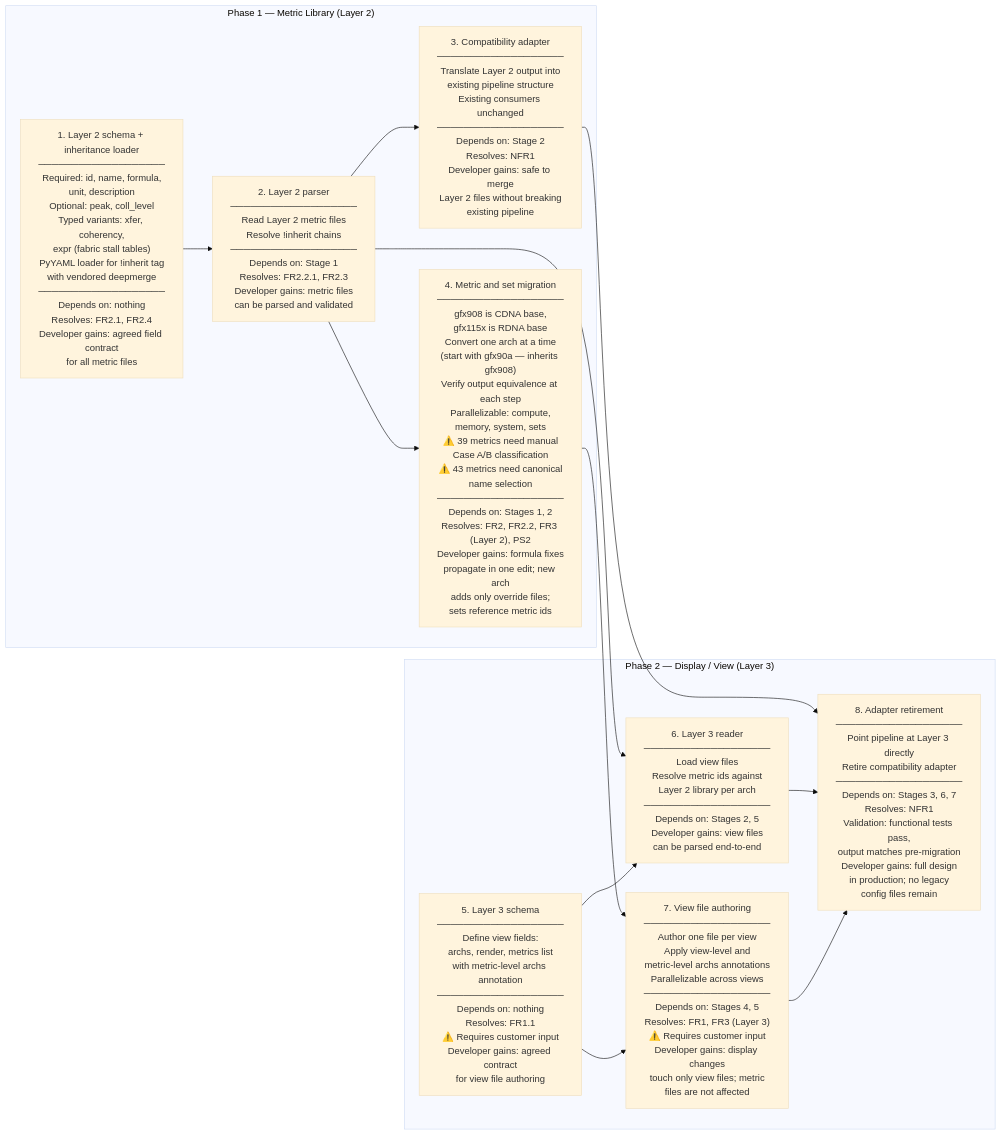
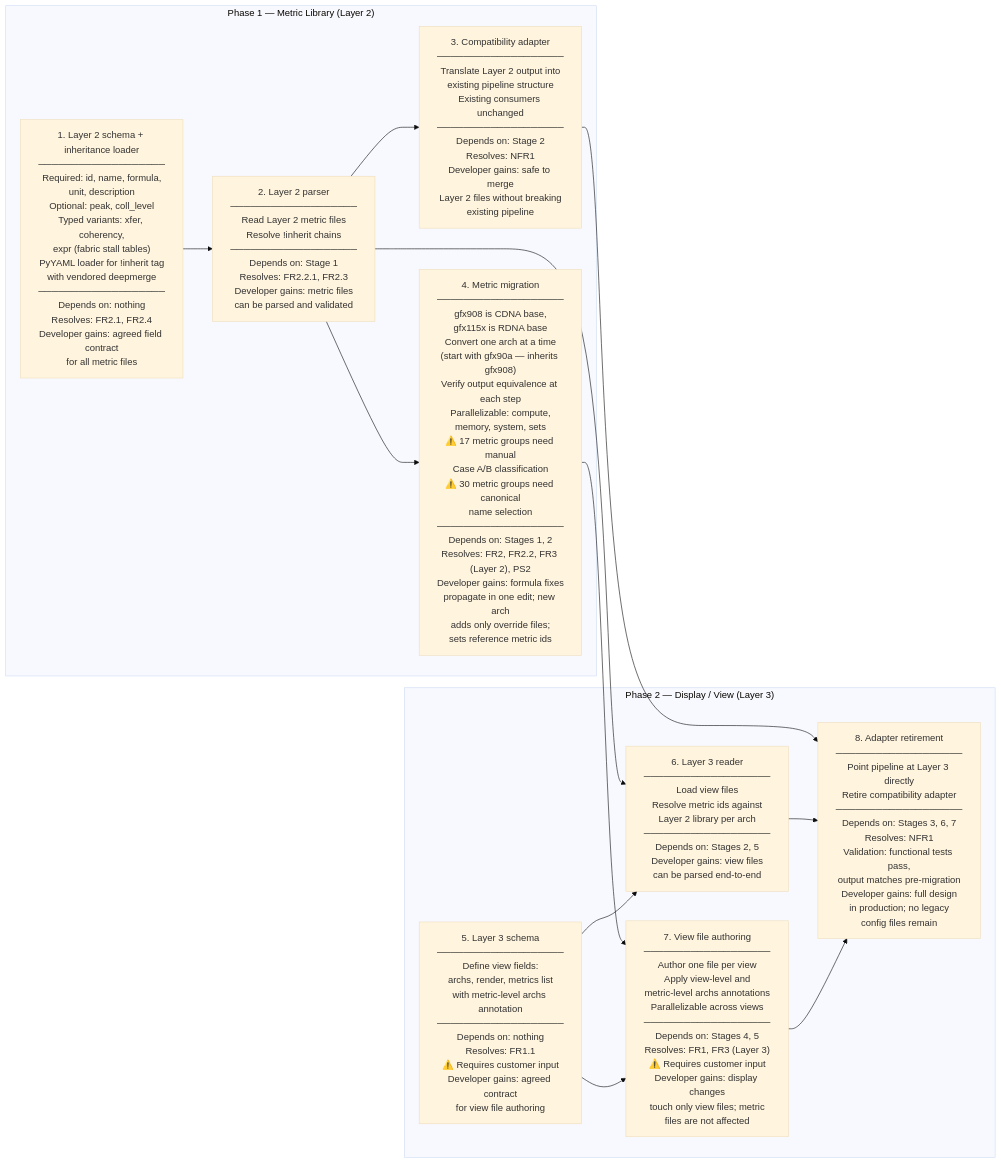
One commit to ROCm/rocm-systems changed the fifth of 5 diagrams in projects/rocprofiler-compute/docs/design/analysis-config-redesign/hld-analysis-config-redesign.md. Above: the diagram before and after it, drawn with Mermaid (base theme). The commit also changed other lines of this file and 3 other files, not shown here.

````diff
--- a/projects/rocprofiler-compute/docs/design/analysis-config-redesign/hld-analysis-config-redesign.md
+++ b/projects/rocprofiler-compute/docs/design/analysis-config-redesign/hld-analysis-config-redesign.md
@@ -492,27 +493,27 @@
 ```mermaid
 flowchart LR
     subgraph P1["Phase 1 — Metric Library (Layer 2)"]
         s1["1. Layer 2 schema + inheritance loader\n───────────────────\nRequired: id, name, formula,\nunit, description\nOptional: peak, coll_level\nTyped variants: xfer, coherency,\nexpr (fabric stall tables)\nPyYAML loader for !inherit tag\nwith vendored deepmerge\n───────────────────\nDepends on: nothing\nResolves: FR2.1, FR2.4\nDeveloper gains: agreed field contract\nfor all metric files"]
         s2["2. Layer 2 parser\n───────────────────\nRead Layer 2 metric files\nResolve !inherit chains\n───────────────────\nDepends on: Stage 1\nResolves: FR2.2.1, FR2.3\nDeveloper gains: metric files\ncan be parsed and validated"]
         s3["3. Compatibility adapter\n───────────────────\nTranslate Layer 2 output into\nexisting pipeline structure\nExisting consumers unchanged\n───────────────────\nDepends on: Stage 2\nResolves: NFR1\nDeveloper gains: safe to merge\nLayer 2 files without breaking\nexisting pipeline"]
-        s4["4. Metric and set migration\n───────────────────\ngfx908 is CDNA base,\ngfx115x is RDNA base\nConvert one arch at a time\n(start with gfx90a — inherits gfx908)\nVerify output equivalence at each step\nParallelizable: compute,\nmemory, system, sets\n⚠️ 39 metrics need manual\nCase A/B classification\n⚠️ 43 metrics need canonical\nname selection\n───────────────────\nDepends on: Stages 1, 2\nResolves: FR2, FR2.2, FR3 (Layer 2), PS2\nDeveloper gains: formula fixes\npropagate in one edit; new arch\nadds only override files;\nsets reference metric ids"]
+        s4["4. Metric migration\n───────────────────\ngfx908 is CDNA base,\ngfx115x is RDNA base\nConvert one arch at a time\n(start with gfx90a — inherits gfx908)\nVerify output equivalence at each step\nParallelizable: compute,\nmemory, system, sets\n⚠️ 17 metric groups need manual\nCase A/B classification\n⚠️ 30 metric groups need canonical\nname selection\n───────────────────\nDepends on: Stages 1, 2\nResolves: FR2, FR2.2, FR3 (Layer 2), PS2\nDeveloper gains: formula fixes\npropagate in one edit; new arch\nadds only override files;\nsets reference metric ids"]
     end
 
     subgraph P2["Phase 2 — Display / View (Layer 3)"]
         s5["5. Layer 3 schema\n───────────────────\nDefine view fields:\narchs, render, metrics list\nwith metric-level archs annotation\n───────────────────\nDepends on: nothing\nResolves: FR1.1\n⚠️ Requires customer input\nDeveloper gains: agreed contract\nfor view file authoring"]
         s6["6. Layer 3 reader\n───────────────────\nLoad view files\nResolve metric ids against\nLayer 2 library per arch\n───────────────────\nDepends on: Stages 2, 5\nDeveloper gains: view files\ncan be parsed end-to-end"]
         s7["7. View file authoring\n───────────────────\nAuthor one file per view\nApply view-level and\nmetric-level archs annotations\nParallelizable across views\n───────────────────\nDepends on: Stages 4, 5\nResolves: FR1, FR3 (Layer 3)\n⚠️ Requires customer input\nDeveloper gains: display changes\ntouch only view files; metric\nfiles are not affected"]
         s8["8. Adapter retirement\n───────────────────\nPoint pipeline at Layer 3 directly\nRetire compatibility adapter\n───────────────────\nDepends on: Stages 3, 6, 7\nResolves: NFR1\nValidation: functional tests pass,\noutput matches pre-migration\nDeveloper gains: full design\nin production; no legacy\nconfig files remain"]
     end
 
     s1 --> s2
     s2 --> s3
     s2 --> s4
     s2 --> s6
     s3 --> s8
     s4 --> s7
     s5 --> s6
     s5 --> s7
     s6 --> s8
     s7 --> s8
 ```
````
